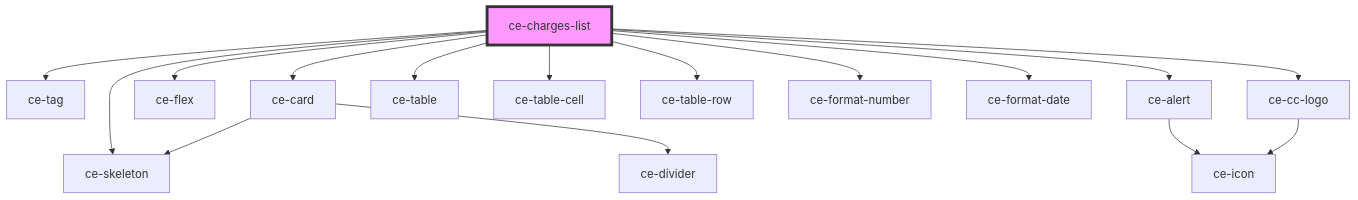
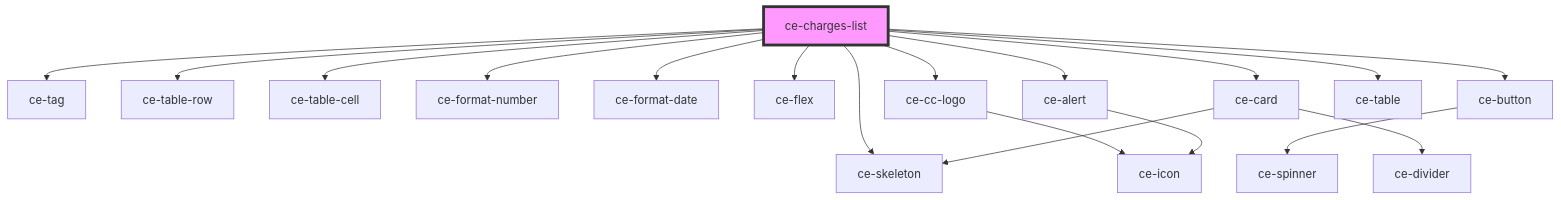
The diagram in packages/components/src/components/controllers/dashboard/charges-list/readme.md (surecart/surecart-wp-plugin), drawn with Mermaid before and after one commit. The commit also changed other lines of this file and 162 other files, not shown here.

````diff
--- a/packages/components/src/components/controllers/dashboard/charges-list/readme.md
+++ b/packages/components/src/components/controllers/dashboard/charges-list/readme.md
@@ -32,19 +33,21 @@
 ```mermaid
 graph TD;
   ce-charges-list --> ce-tag
-  ce-charges-list --> ce-card
-  ce-charges-list --> ce-flex
+  ce-charges-list --> ce-table-row
+  ce-charges-list --> ce-table-cell
   ce-charges-list --> ce-skeleton
-  ce-charges-list --> ce-alert
-  ce-charges-list --> ce-table
-  ce-charges-list --> ce-table-cell
-  ce-charges-list --> ce-table-row
   ce-charges-list --> ce-format-number
   ce-charges-list --> ce-format-date
+  ce-charges-list --> ce-flex
   ce-charges-list --> ce-cc-logo
+  ce-charges-list --> ce-button
+  ce-charges-list --> ce-alert
+  ce-charges-list --> ce-card
+  ce-charges-list --> ce-table
+  ce-cc-logo --> ce-icon
+  ce-button --> ce-spinner
+  ce-alert --> ce-icon
   ce-card --> ce-skeleton
   ce-card --> ce-divider
-  ce-alert --> ce-icon
-  ce-cc-logo --> ce-icon
   style ce-charges-list fill:#f9f,stroke:#333,stroke-width:4px
 ```
````
